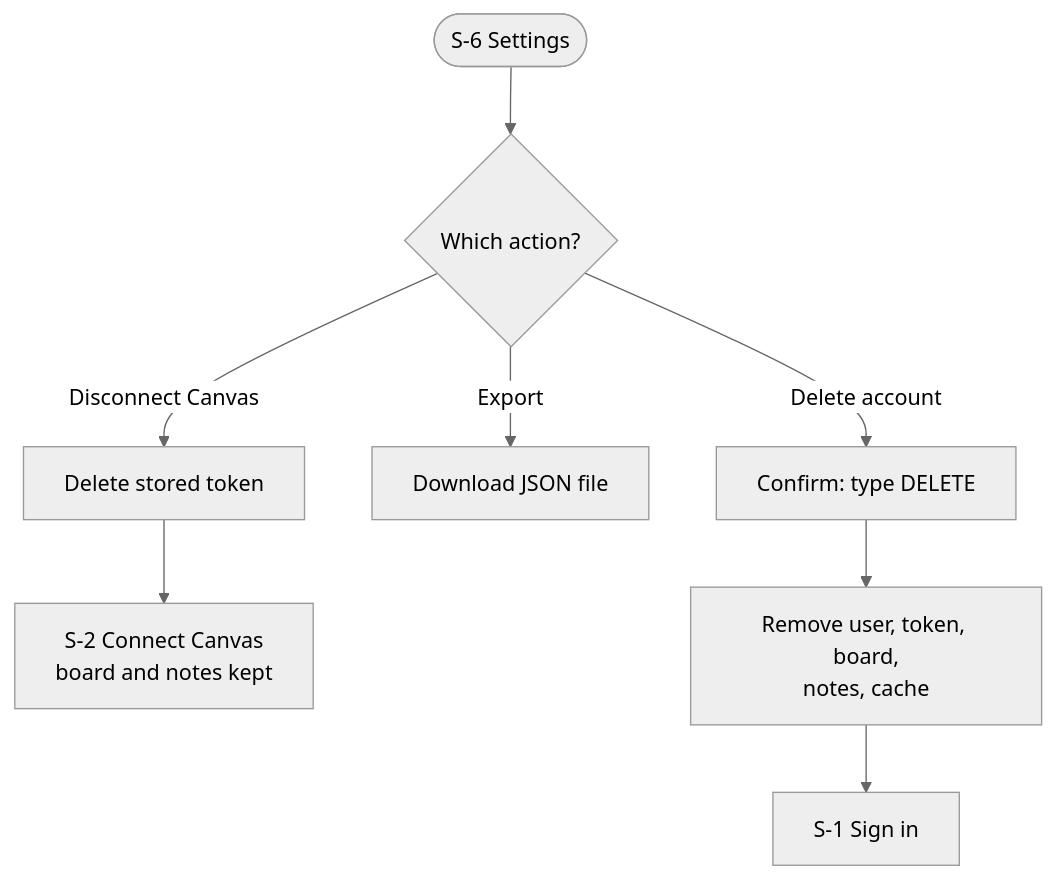
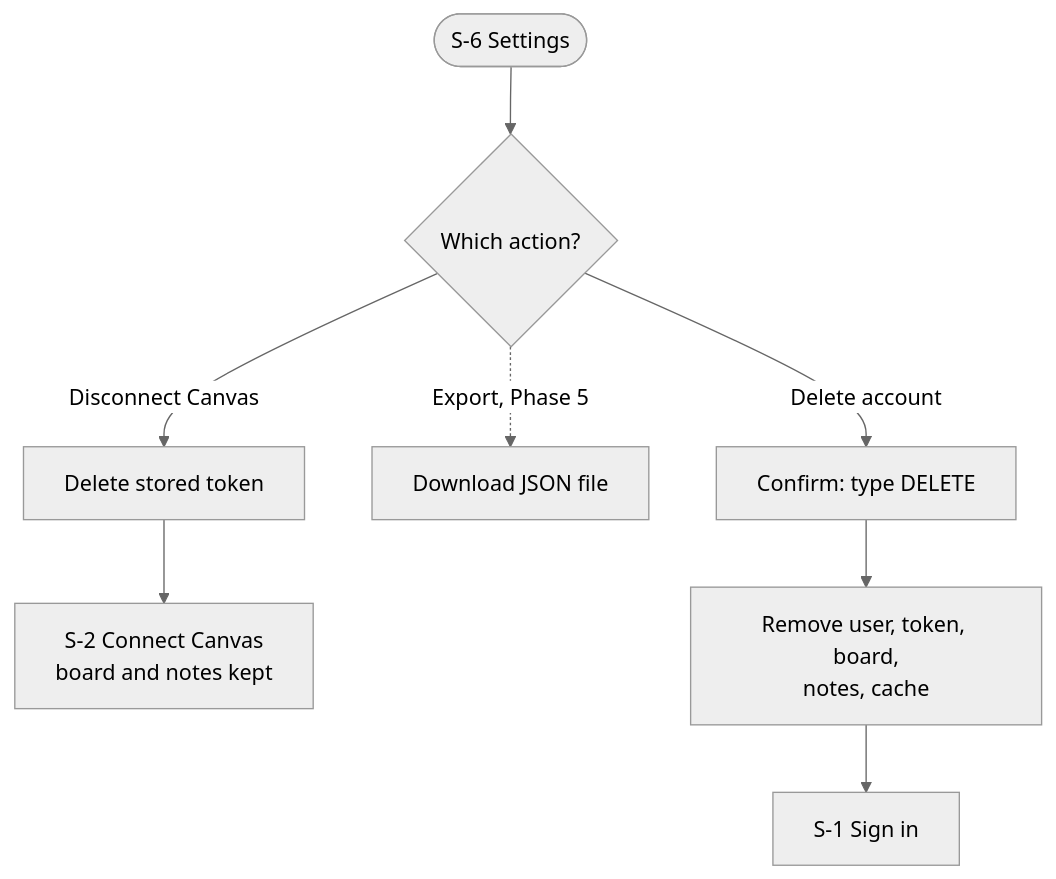
The seventh of 9 diagrams in docs/canvas-portal/04-wireframes-workflows.md (bbranton/TestProj), drawn with Mermaid (neutral theme) before and after one commit. The commit also changed other lines of this file and 4 other files, not shown here.

First line of the commit message:
Move export to Phase 5

````diff
--- a/docs/canvas-portal/04-wireframes-workflows.md
+++ b/docs/canvas-portal/04-wireframes-workflows.md
@@ -439,8 +439,8 @@
 ```mermaid
 flowchart TD
     A([S-6 Settings]) --> B{Which action?}
     B -- Disconnect Canvas --> C[Delete stored token] --> D[S-2 Connect Canvas<br/>board and notes kept]
-    B -- Export --> E[Download JSON file]
+    B -. Export, Phase 5 .-> E[Download JSON file]
     B -- Delete account --> F[Confirm: type DELETE]
     F --> G[Remove user, token, board,<br/>notes, cache] --> H[S-1 Sign in]
 ```
````
